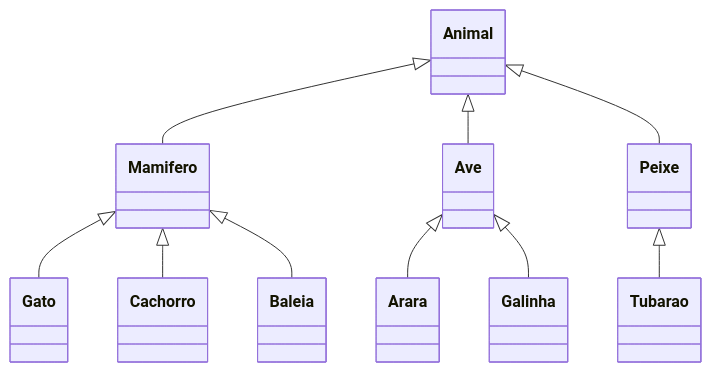
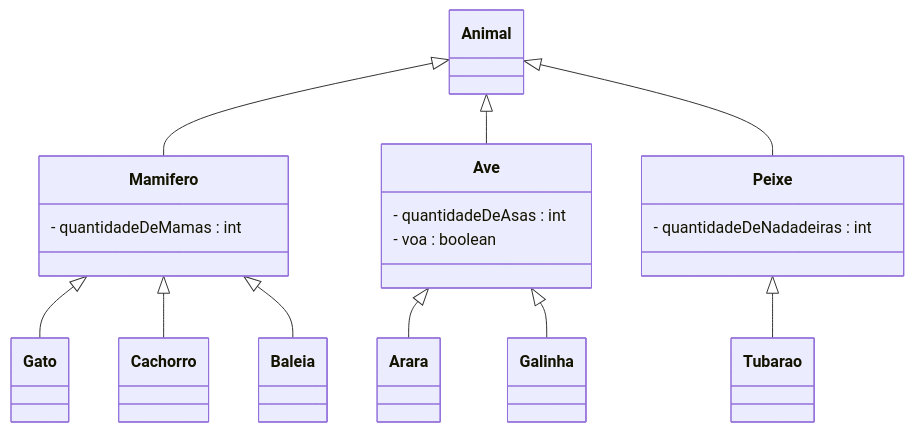
One commit to yanvpp/POO changed the fifth of 5 diagrams in aula_19/Readme.md. Above: the diagram before and after it, drawn with Mermaid. The commit also changed 1 other file, not shown here.

Commit message:
atualizando Readme

````diff
--- a/aula_19/Readme.md
+++ b/aula_19/Readme.md
@@ -170,53 +170,54 @@
 ```mermaid
 classDiagram
 
     Animal <|-- Mamifero
     Animal <|-- Ave
     Animal <|-- Peixe
     Mamifero <|-- Gato
     Mamifero <|-- Cachorro
     Mamifero <|-- Baleia
     Ave <|-- Arara
     Ave <|-- Galinha
     Peixe <|-- Tubarao
 
     class Animal {
-
+        
     }
 
     class Mamifero {
-
+        - quantidadeDeMamas : int
     }
 
     class Ave {
-
+        - quantidadeDeAsas : int
+        - voa : boolean
     }
 
     class Peixe {
-
+        - quantidadeDeNadadeiras : int
     }
 
     class Gato {
 
     }
 
     class Cachorro {
 
     }
 
     class Arara {
 
     }
 
     class Galinha {
 
     }
 
     class Baleia {
 
     }
 
     class Tubarao {
 
     }
 ```
````
